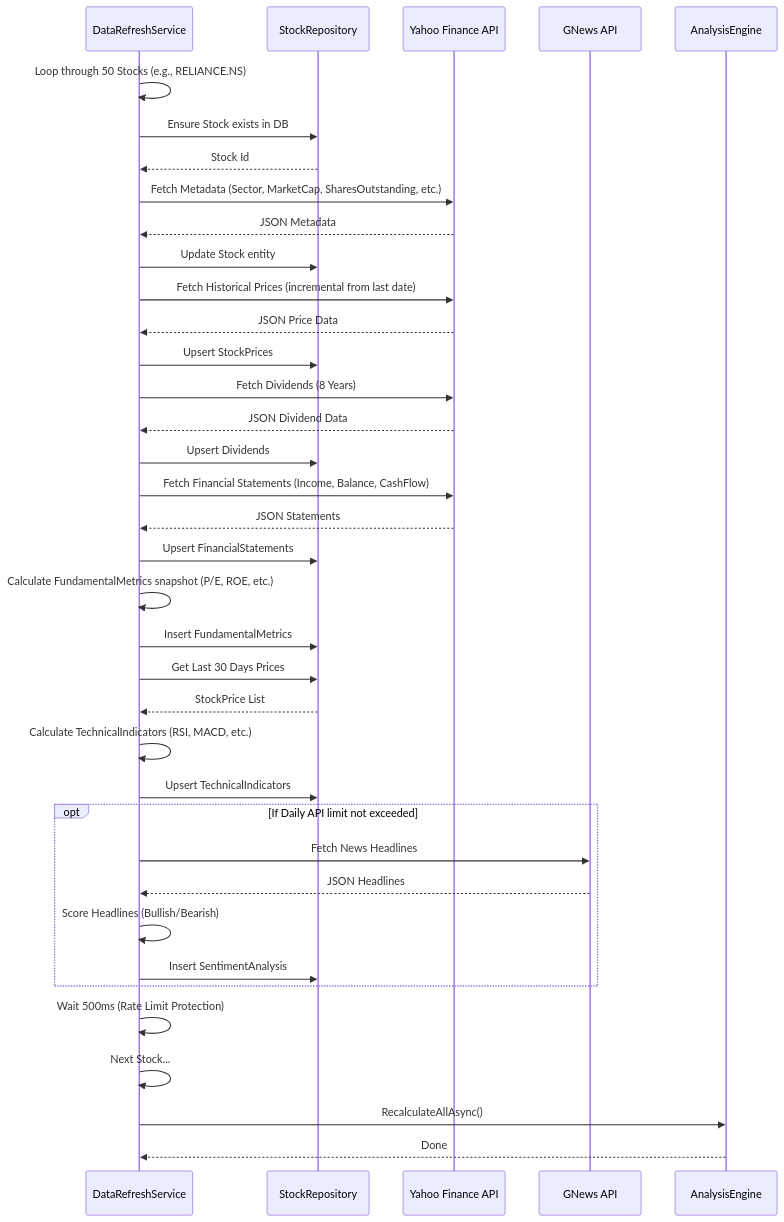
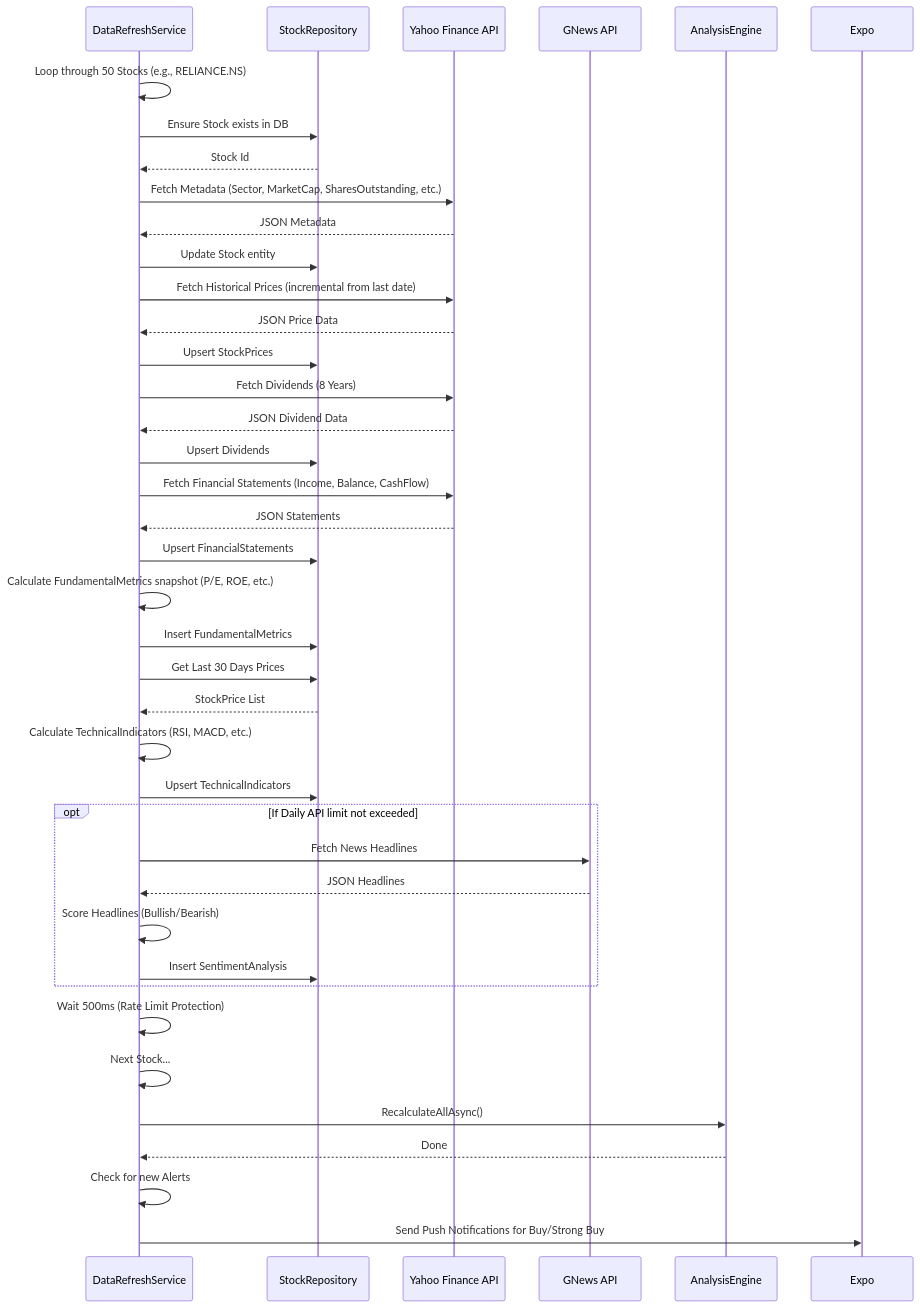
Before and after one commit to kausaur/stockfinder: the diagram in docs/data_refresh_flow.md, drawn with Mermaid. The commit also changed 5 other files, not shown here.

````diff
--- a/docs/data_refresh_flow.md
+++ b/docs/data_refresh_flow.md
@@ -7,56 +7,60 @@
 ```mermaid
 sequenceDiagram
     participant Worker as DataRefreshService
     participant Repo as StockRepository
     participant Yahoo as Yahoo Finance API
     participant GNews as GNews API
     participant Engine as AnalysisEngine
 
     Worker->>Worker: Loop through 50 Stocks (e.g., RELIANCE.NS)
     
     Worker->>Repo: Ensure Stock exists in DB
     Repo-->>Worker: Stock Id
     
     %% Metadata Fetching
     Worker->>Yahoo: Fetch Metadata (Sector, MarketCap, SharesOutstanding, etc.)
     Yahoo-->>Worker: JSON Metadata
     Worker->>Repo: Update Stock entity
     
     %% Price Data Fetching
     Worker->>Yahoo: Fetch Historical Prices (incremental from last date)
     Yahoo-->>Worker: JSON Price Data
     Worker->>Repo: Upsert StockPrices
     
     %% Dividends
     Worker->>Yahoo: Fetch Dividends (8 Years)
     Yahoo-->>Worker: JSON Dividend Data
     Worker->>Repo: Upsert Dividends
     
     %% Fundamentals
     Worker->>Yahoo: Fetch Financial Statements (Income, Balance, CashFlow)
     Yahoo-->>Worker: JSON Statements
     Worker->>Repo: Upsert FinancialStatements
     Worker->>Worker: Calculate FundamentalMetrics snapshot (P/E, ROE, etc.)
     Worker->>Repo: Insert FundamentalMetrics
     
     %% Technicals
     Worker->>Repo: Get Last 30 Days Prices
     Repo-->>Worker: StockPrice List
     Worker->>Worker: Calculate TechnicalIndicators (RSI, MACD, etc.)
     Worker->>Repo: Upsert TechnicalIndicators
     
     %% Sentiment (With Rate Limit Protection)
     opt If Daily API limit not exceeded
         Worker->>GNews: Fetch News Headlines
         GNews-->>Worker: JSON Headlines
         Worker->>Worker: Score Headlines (Bullish/Bearish)
         Worker->>Repo: Insert SentimentAnalysis
     end
     
     Worker->>Worker: Wait 500ms (Rate Limit Protection)
     Worker->>Worker: Next Stock...
     
     %% Analysis phase
     Worker->>Engine: RecalculateAllAsync()
     Engine-->>Worker: Done
+    
+    %% Notifications
+    Worker->>Worker: Check for new Alerts
+    Worker->>Expo: Send Push Notifications for Buy/Strong Buy
 ```
````
